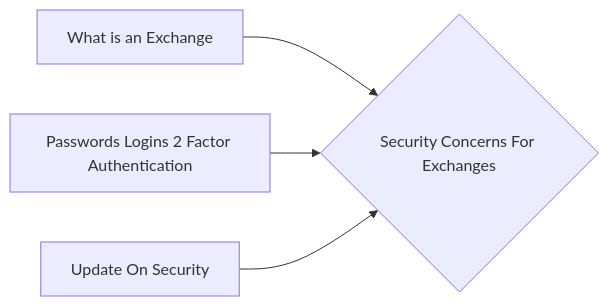
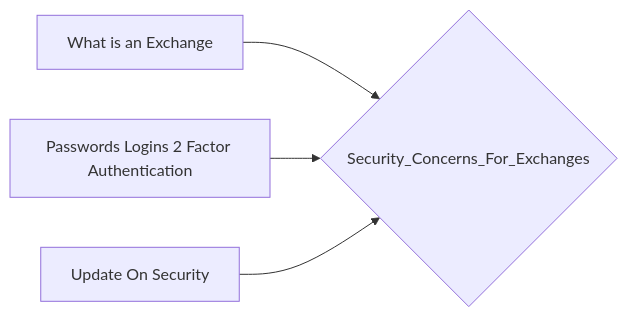
One commit to lpurdy01/crypto-knowledge-map changed the diagram in notes/Security_Concerns_For_Exchanges.md. Above: the diagram before and after it, drawn with Mermaid. The commit also changed 161 other files, not shown here.

````diff
--- a/notes/Security_Concerns_For_Exchanges.md
+++ b/notes/Security_Concerns_For_Exchanges.md
@@ -12,6 +12,6 @@
 ```mermaid
 graph LR
-1["What is an Exchange"]-->0{"Security Concerns For Exchanges"}
-2["Passwords Logins 2 Factor Authentication"]-->0{"Security Concerns For Exchanges"}
-3["Update On Security"]-->0{"Security Concerns For Exchanges"}
+1["What is an Exchange"]-->0{"Security_Concerns_For_Exchanges"}
+2["Passwords Logins 2 Factor Authentication"]-->0{"Security_Concerns_For_Exchanges"}
+3["Update On Security"]-->0{"Security_Concerns_For_Exchanges"}
 ```
````
